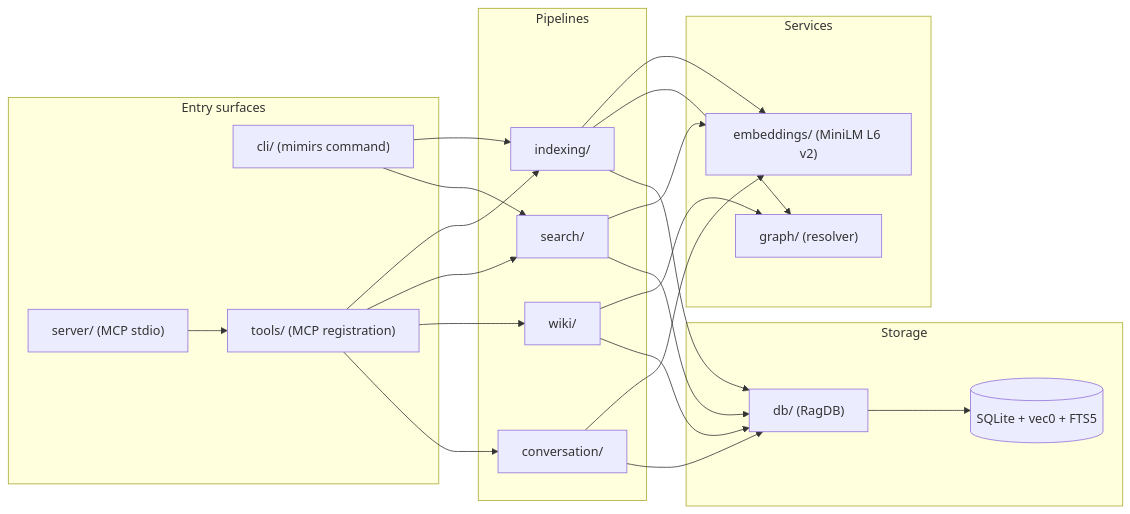
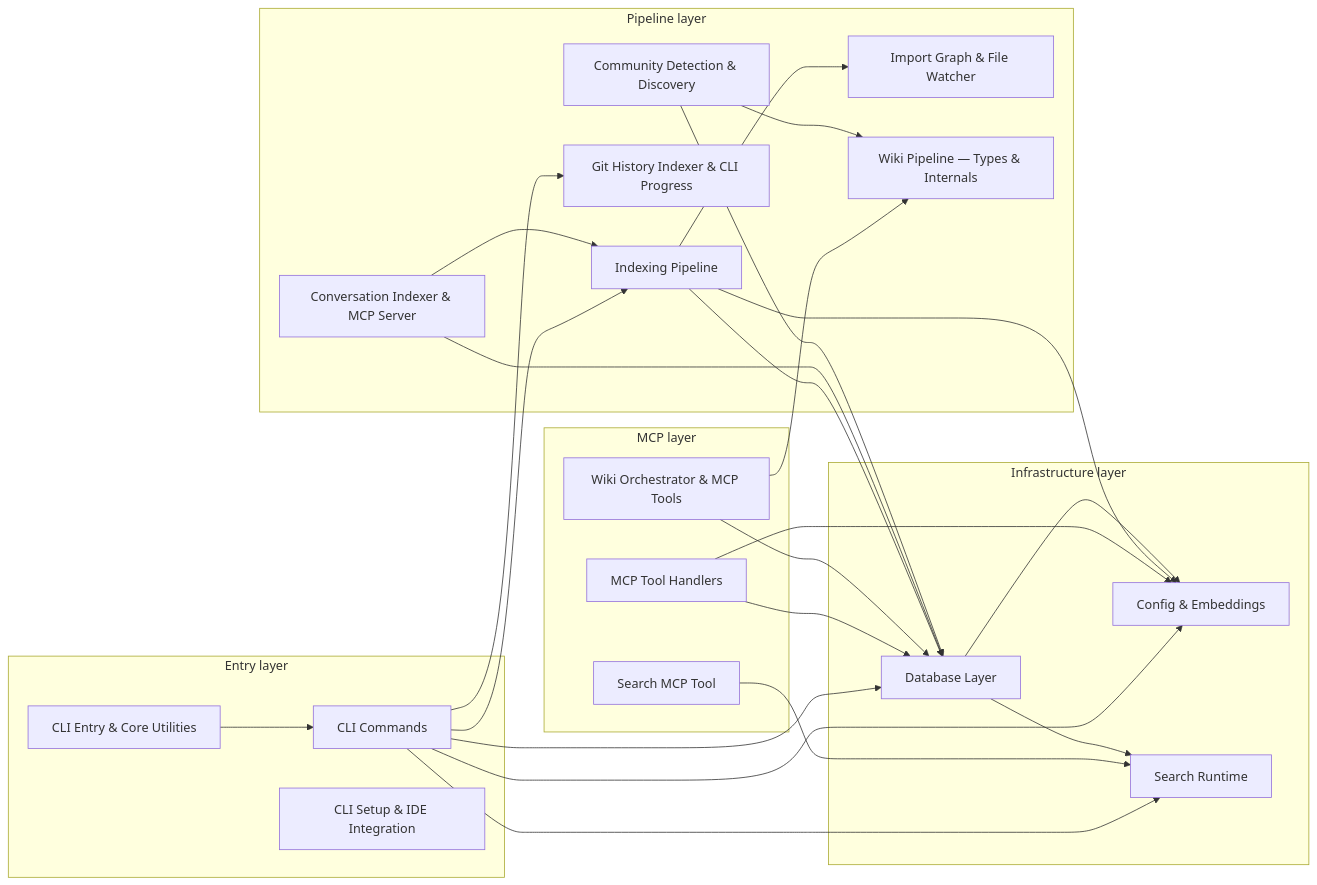
Before and after one commit to TheWinci/mimirs: the first of 2 diagrams in wiki/architecture.md, drawn with Mermaid. The commit also changed other lines of this file and 100 other files, not shown here.

````diff
--- a/wiki/architecture.md
+++ b/wiki/architecture.md
@@ -9,40 +11,47 @@
 ```mermaid
 flowchart LR
-  subgraph Surface["Entry surfaces"]
-    cli_mod["cli/ (mimirs command)"]
-    mcp["server/ (MCP stdio)"]
-    tools_mod["tools/ (MCP registration)"]
+  subgraph Entry["Entry layer"]
+    cliEntry["CLI Entry & Core Utilities"]
+    cliCmds["CLI Commands"]
+    cliSetup["CLI Setup & IDE Integration"]
   end
-  subgraph Pipelines["Pipelines"]
-    indexing["indexing/"]
-    search_mod["search/"]
-    wiki_mod["wiki/"]
-    conv["conversation/"]
+  subgraph MCP["MCP layer"]
+    mcpTools["MCP Tool Handlers"]
+    searchTool["Search MCP Tool"]
+    wikiOrch["Wiki Orchestrator & MCP Tools"]
   end
-  subgraph Services["Services"]
-    embed["embeddings/ (MiniLM L6 v2)"]
-    graph_mod["graph/ (resolver)"]
+  subgraph Pipeline["Pipeline layer"]
+    indexing["Indexing Pipeline"]
+    convServer["Conversation Indexer & MCP Server"]
+    gitIdx["Git History Indexer & CLI Progress"]
+    graphWatch["Import Graph & File Watcher"]
+    communityDet["Community Detection & Discovery"]
+    wikiPipe["Wiki Pipeline — Types & Internals"]
   end
-  subgraph Store["Storage"]
-    db_mod["db/ (RagDB)"]
-    sqlite[("SQLite + vec0 + FTS5")]
+  subgraph Infra["Infrastructure layer"]
+    db["Database Layer"]
+    cfgEmbed["Config & Embeddings"]
+    search["Search Runtime"]
   end
 
-  mcp --> tools_mod
-  cli_mod --> indexing
-  cli_mod --> search_mod
-  tools_mod --> indexing
-  tools_mod --> search_mod
-  tools_mod --> wiki_mod
-  tools_mod --> conv
-  indexing --> embed
-  indexing --> graph_mod
-  search_mod --> embed
-  wiki_mod --> graph_mod
-  conv --> embed
-  indexing --> db_mod
-  search_mod --> db_mod
-  wiki_mod --> db_mod
-  conv --> db_mod
-  db_mod --> sqlite
+  cliEntry --> cliCmds
+  cliCmds --> cfgEmbed
+  cliCmds --> db
+  cliCmds --> search
+  cliCmds --> gitIdx
+  cliCmds --> indexing
+  mcpTools --> db
+  mcpTools --> cfgEmbed
+  searchTool --> search
+  wikiOrch --> db
+  wikiOrch --> wikiPipe
+  indexing --> cfgEmbed
+  indexing --> db
+  indexing --> graphWatch
+  convServer --> indexing
+  convServer --> db
+  communityDet --> db
+  communityDet --> wikiPipe
+  db --> search
+  db --> cfgEmbed
 ```
````
